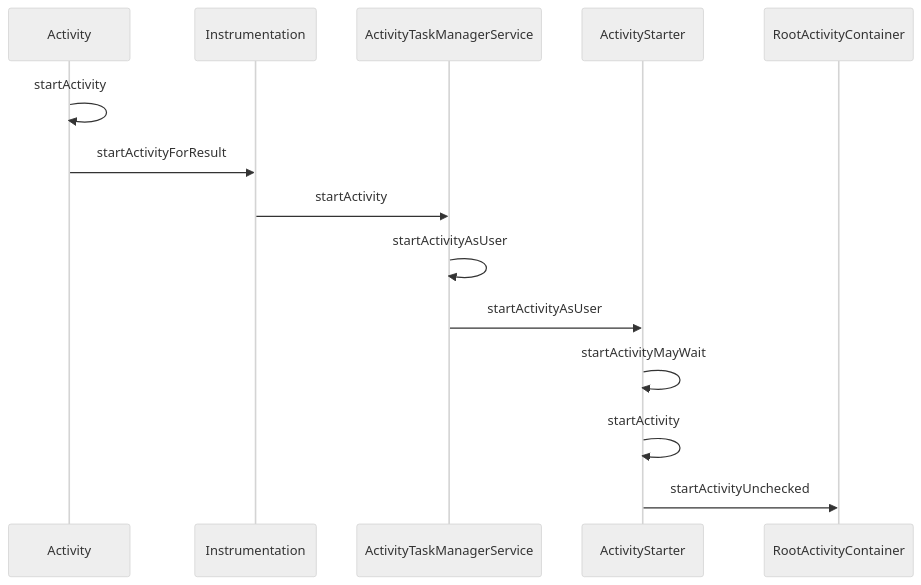
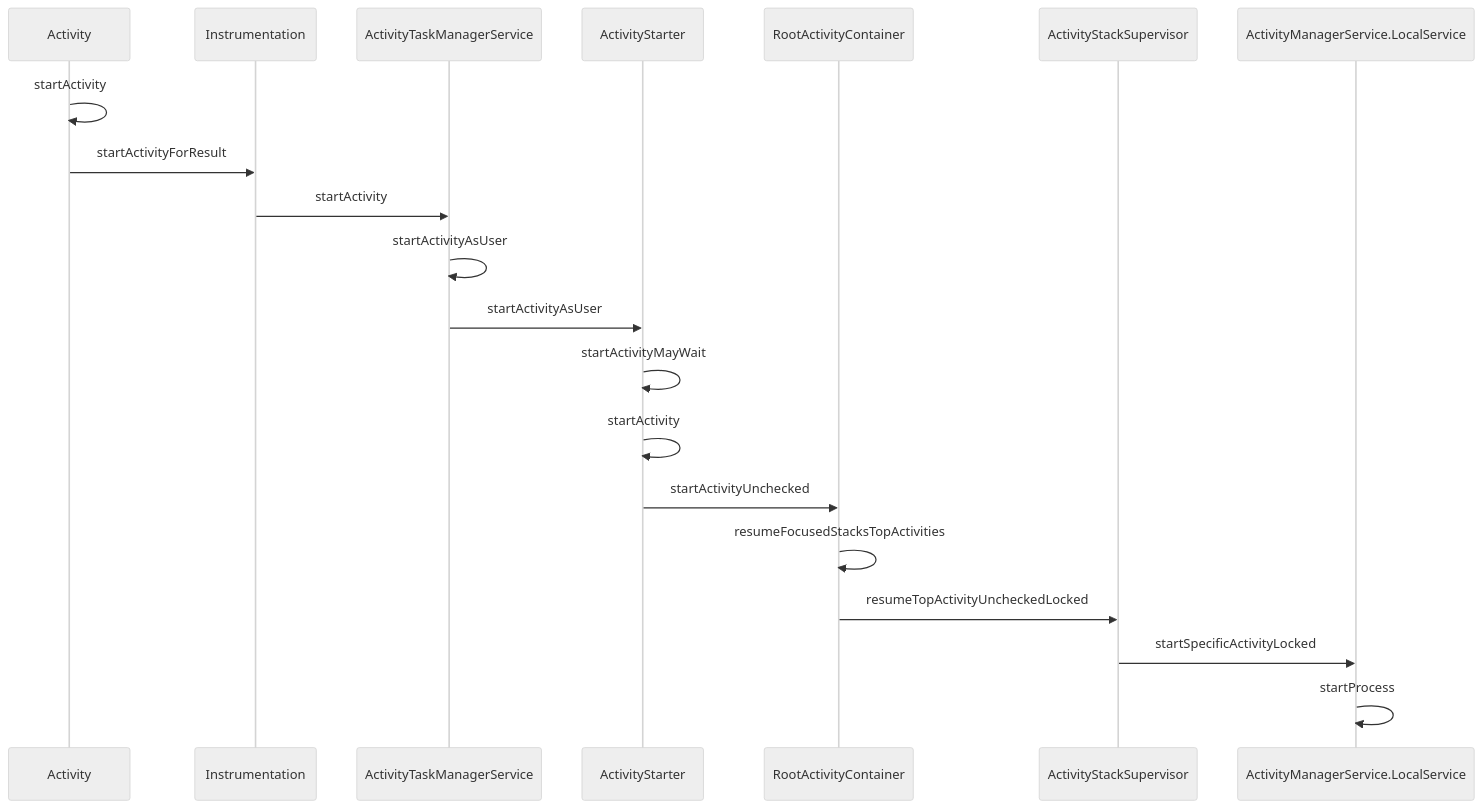
The diagram in 源码/Activity启动流程？.md (sweetwong/Android-Interview-QA), drawn with Mermaid (neutral theme) before and after one commit. The commit also changed other lines of this file, not shown here.

````diff
--- a/源码/Activity启动流程？.md
+++ b/源码/Activity启动流程？.md
@@ -13,12 +15,16 @@
 ```mermaid
 sequenceDiagram
 Activity->>Activity:startActivity
 Activity->>Instrumentation:startActivityForResult
 Instrumentation->>ActivityTaskManagerService:startActivity
 ActivityTaskManagerService->>ActivityTaskManagerService:startActivityAsUser
 ActivityTaskManagerService->>ActivityStarter:startActivityAsUser
 ActivityStarter->>ActivityStarter:startActivityMayWait
 ActivityStarter->>ActivityStarter:startActivity
 ActivityStarter->>RootActivityContainer:startActivityUnchecked
+RootActivityContainer->>RootActivityContainer:resumeFocusedStacksTopActivities
+RootActivityContainer->>ActivityStackSupervisor:resumeTopActivityUncheckedLocked
+ActivityStackSupervisor->>ActivityManagerService.LocalService:startSpecificActivityLocked
+ActivityManagerService.LocalService->>ActivityManagerService.LocalService:startProcess
 
 ```
````
